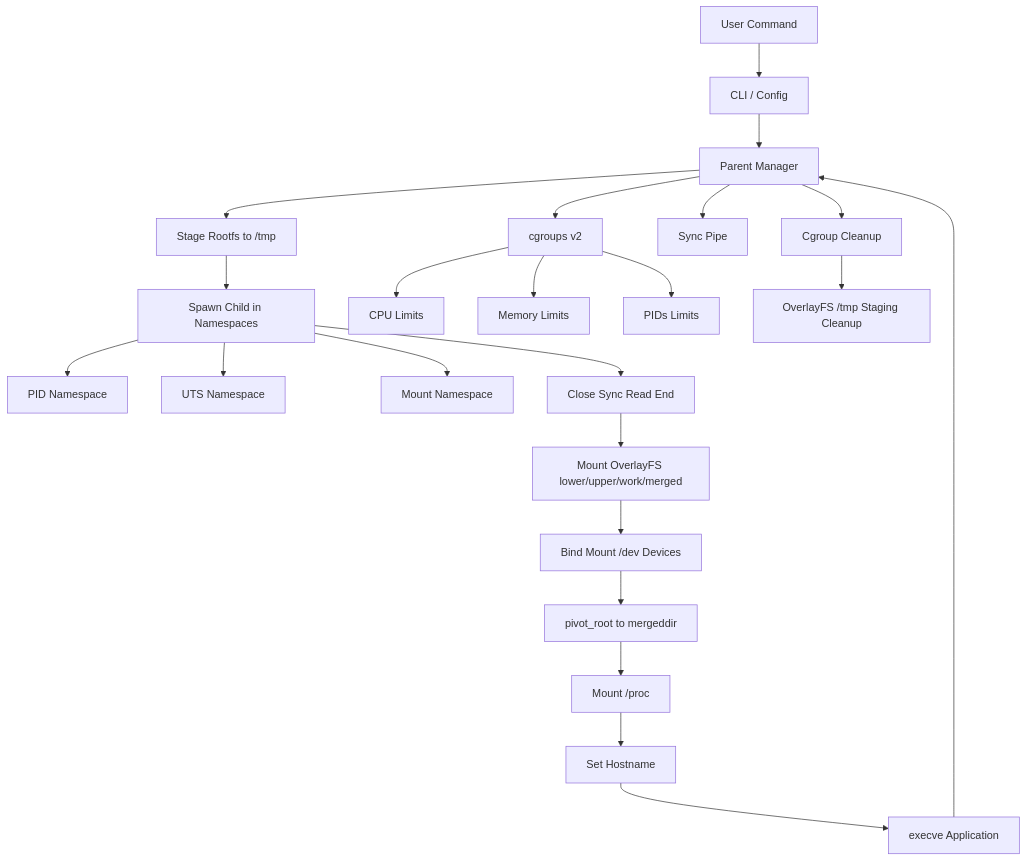
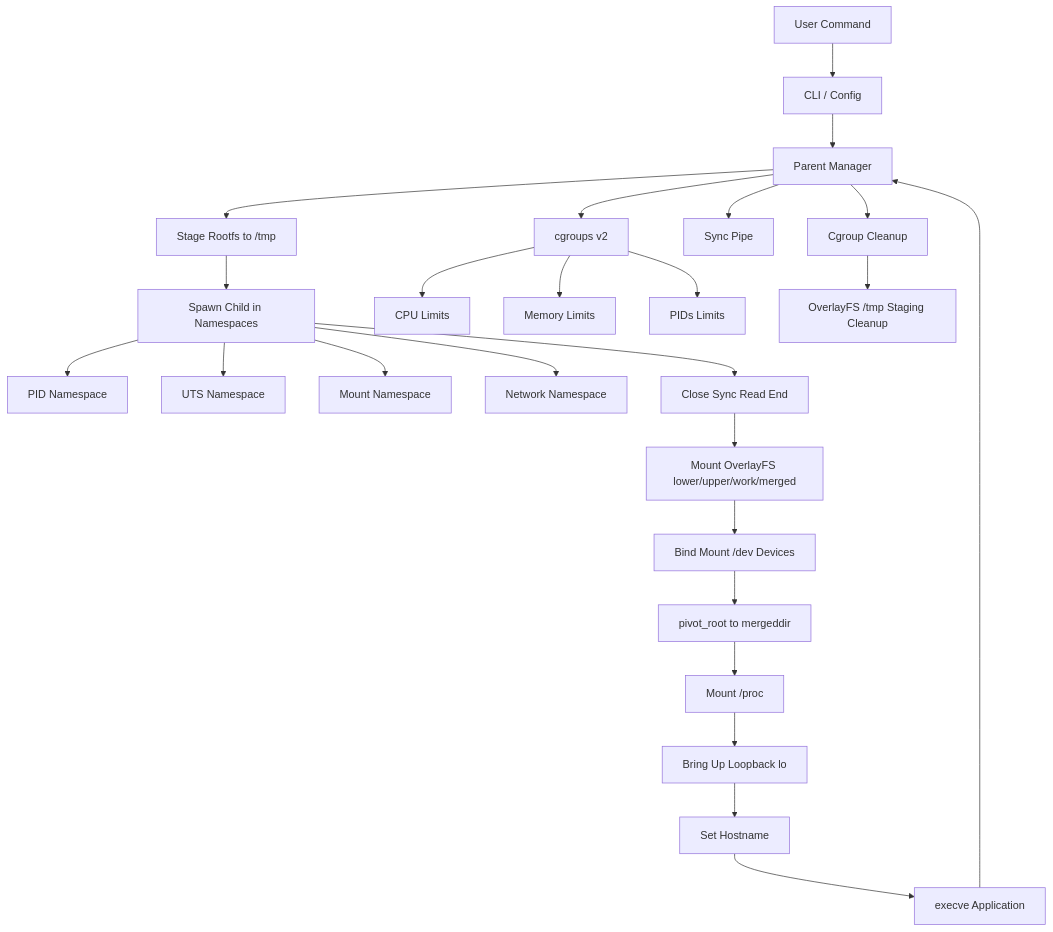
The diagram in README.md (SwarajShedge27/minic-os-container-runtime), drawn with Mermaid before and after one commit. The commit also changed other lines of this file and 7 other files, not shown here.

````diff
--- a/README.md
+++ b/README.md
@@ -10,29 +10,31 @@
 ```mermaid
 flowchart TD
     A[User Command] --> B[CLI / Config]
     B --> C[Parent Manager]
     C --> D[Stage Rootfs to /tmp]
     D --> E[Spawn Child in Namespaces]
     E --> F[PID Namespace]
     E --> G[UTS Namespace]
     E --> H[Mount Namespace]
+    E --> I[Network Namespace]
 
-    C --> I[cgroups v2]
-    I --> J[CPU Limits]
-    I --> K[Memory Limits]
-    I --> L[PIDs Limits]
+    C --> J[cgroups v2]
+    J --> K[CPU Limits]
+    J --> L[Memory Limits]
+    J --> M[PIDs Limits]
 
-    C --> M[Sync Pipe]
+    C --> N[Sync Pipe]
 
-    E --> N[Close Sync Read End]
-    N --> O[Mount OverlayFS lower/upper/work/merged]
-    O --> P[Bind Mount /dev Devices]
-    P --> Q[pivot_root to mergeddir]
-    Q --> R[Mount /proc]
-    R --> S[Set Hostname]
-    S --> T[execve Application]
+    E --> O[Close Sync Read End]
+    O --> P[Mount OverlayFS lower/upper/work/merged]
+    P --> Q[Bind Mount /dev Devices]
+    Q --> R[pivot_root to mergeddir]
+    R --> S[Mount /proc]
+    S --> T[Bring Up Loopback lo]
+    T --> U[Set Hostname]
+    U --> V[execve Application]
 
-    T --> C
-    C --> U[Cgroup Cleanup]
-    U --> V[OverlayFS /tmp Staging Cleanup]
+    V --> C
+    C --> W[Cgroup Cleanup]
+    W --> X[OverlayFS /tmp Staging Cleanup]
 ```
````
